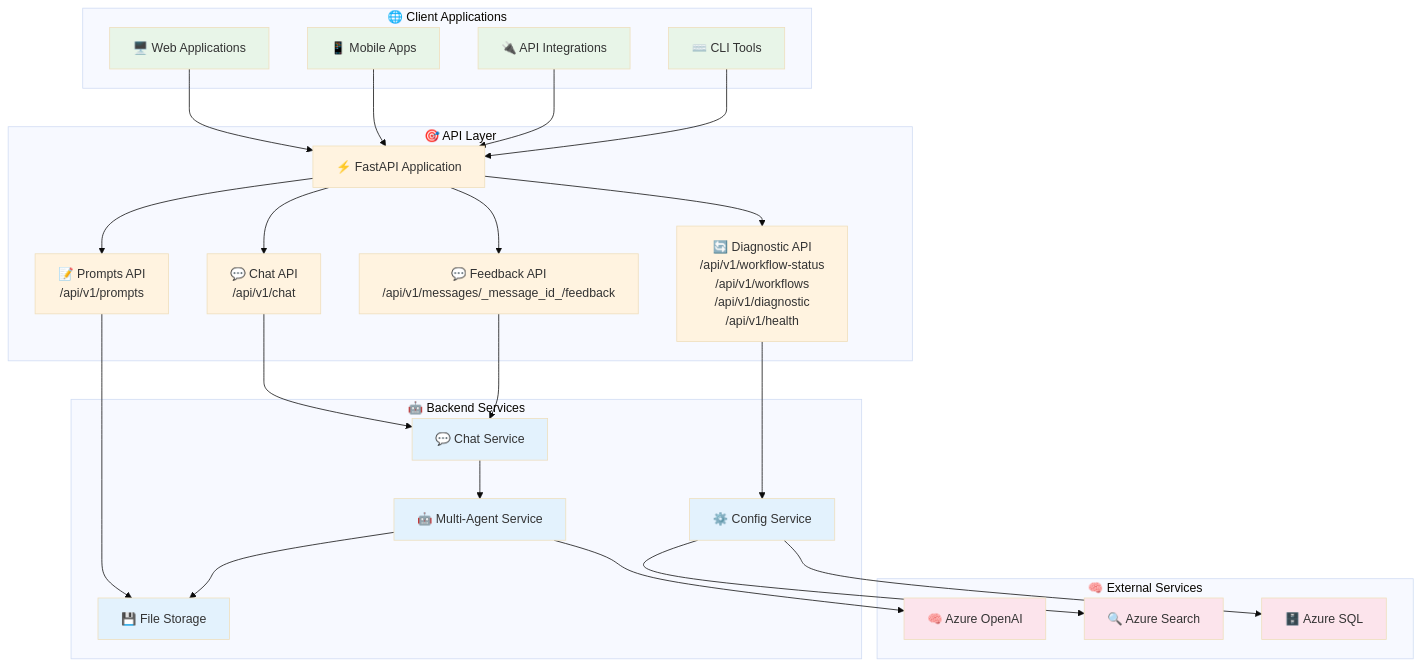
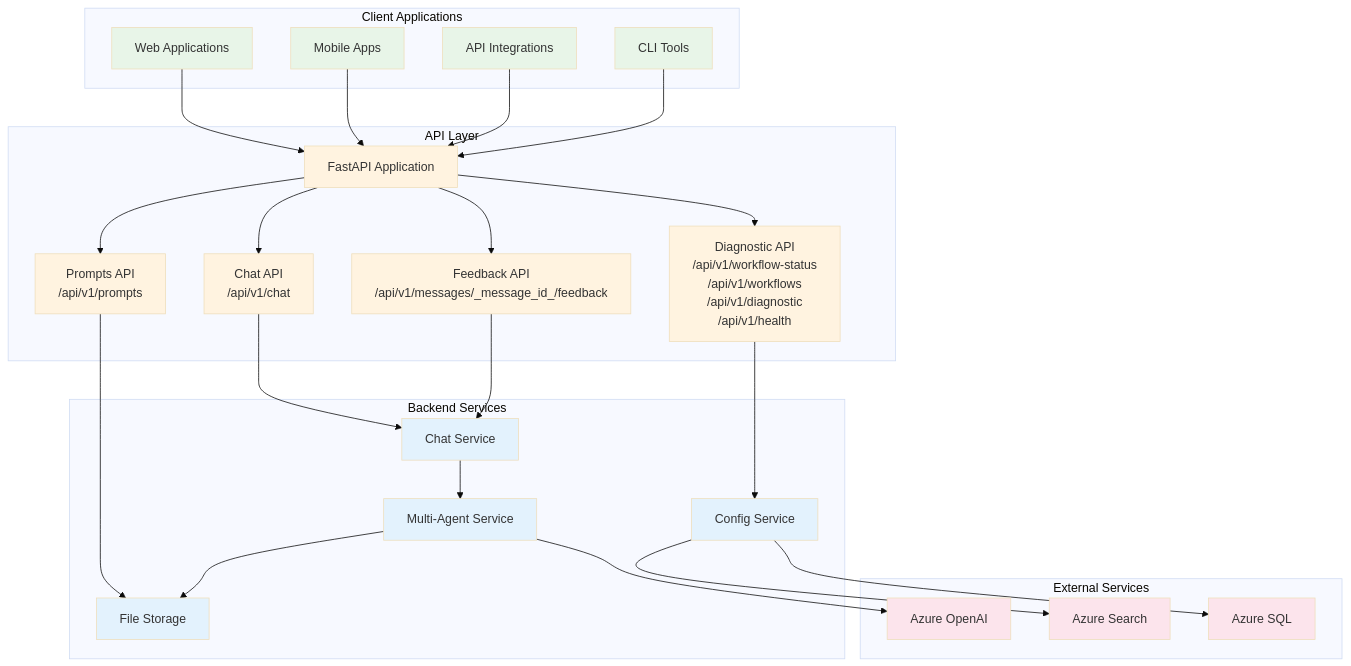
The first of 6 diagrams in docs/api/README.md (the-ingenious-dark-knight/Insight_Ingenious), drawn with Mermaid (base theme) before and after one commit. The commit also changed other lines of this file and 4 other files, not shown here.

````diff
--- a/docs/api/README.md
+++ b/docs/api/README.md
@@ -18,62 +18,62 @@
 ```mermaid
 graph TB
-    subgraph "🌐 Client Applications"
-        WEB_CLIENT[🖥️ Web Applications]
-        MOBILE_CLIENT[📱 Mobile Apps]
-        API_CLIENT[🔌 API Integrations]
-        CLI_CLIENT[⌨️ CLI Tools]
+    subgraph "Client Applications"
+        WEB_CLIENT[Web Applications]
+        MOBILE_CLIENT[Mobile Apps]
+        API_CLIENT[API Integrations]
+        CLI_CLIENT[CLI Tools]
     end
 
-    subgraph "🎯 API Layer"
-        FASTAPI[⚡ FastAPI Application]
-        CHAT_API[💬 Chat API\n/api/v1/chat]
-        DIAGNOSTIC_API[🔄 Diagnostic API\n/api/v1/workflow-status\n/api/v1/workflows\n/api/v1/diagnostic\n/api/v1/health]
-        PROMPTS_API[📝 Prompts API\n/api/v1/prompts]
-        FEEDBACK_API[💬 Feedback API\n/api/v1/messages/_message_id_/feedback]
+    subgraph "API Layer"
+        FASTAPI[FastAPI Application]
+        CHAT_API[Chat API\n/api/v1/chat]
+        DIAGNOSTIC_API[Diagnostic API\n/api/v1/workflow-status\n/api/v1/workflows\n/api/v1/diagnostic\n/api/v1/health]
+        PROMPTS_API[Prompts API\n/api/v1/prompts]
+        FEEDBACK_API[Feedback API\n/api/v1/messages/_message_id_/feedback]
     end
 
-    subgraph "🤖 Backend Services"
-        CHAT_SERVICE[💬 Chat Service]
-        MULTI_AGENT_SERVICE[🤖 Multi-Agent Service]
-        CONFIG_SERVICE[⚙️ Config Service]
-        FILE_STORAGE[💾 File Storage]
+    subgraph "Backend Services"
+        CHAT_SERVICE[Chat Service]
+        MULTI_AGENT_SERVICE[Multi-Agent Service]
+        CONFIG_SERVICE[Config Service]
+        FILE_STORAGE[File Storage]
     end
 
-    subgraph "🧠 External Services"
-        AZURE_OPENAI[🧠 Azure OpenAI]
-        AZURE_SEARCH[🔍 Azure Search]
-        AZURE_SQL[🗄️ Azure SQL]
+    subgraph "External Services"
+        AZURE_OPENAI[Azure OpenAI]
+        AZURE_SEARCH[Azure Search]
+        AZURE_SQL[Azure SQL]
     end
 
     WEB_CLIENT --> FASTAPI
     MOBILE_CLIENT --> FASTAPI
     API_CLIENT --> FASTAPI
     CLI_CLIENT --> FASTAPI
 
     FASTAPI --> CHAT_API
     FASTAPI --> DIAGNOSTIC_API
     FASTAPI --> PROMPTS_API
     FASTAPI --> FEEDBACK_API
 
     CHAT_API --> CHAT_SERVICE
     DIAGNOSTIC_API --> CONFIG_SERVICE
     PROMPTS_API --> FILE_STORAGE
     FEEDBACK_API --> CHAT_SERVICE
 
     CHAT_SERVICE --> MULTI_AGENT_SERVICE
     MULTI_AGENT_SERVICE --> FILE_STORAGE
     MULTI_AGENT_SERVICE --> AZURE_OPENAI
 
     CONFIG_SERVICE --> AZURE_SEARCH
     CONFIG_SERVICE --> AZURE_SQL
 
     classDef client fill:#e8f5e8
     classDef api fill:#fff3e0
     classDef service fill:#e3f2fd
     classDef external fill:#fce4ec
 
     class WEB_CLIENT,MOBILE_CLIENT,API_CLIENT,CLI_CLIENT client
     class FASTAPI,CHAT_API,DIAGNOSTIC_API,PROMPTS_API,FEEDBACK_API api
     class CHAT_SERVICE,MULTI_AGENT_SERVICE,CONFIG_SERVICE,FILE_STORAGE service
     class AZURE_OPENAI,AZURE_SEARCH,AZURE_SQL external
 ```
````
